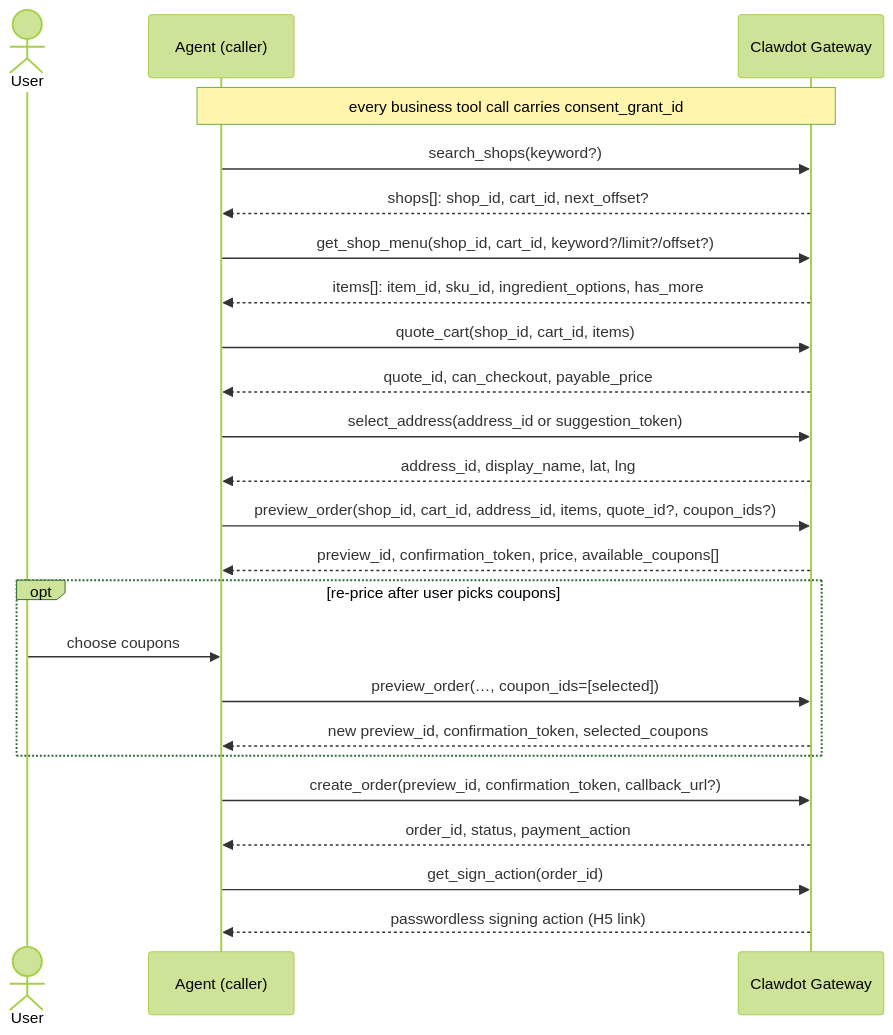
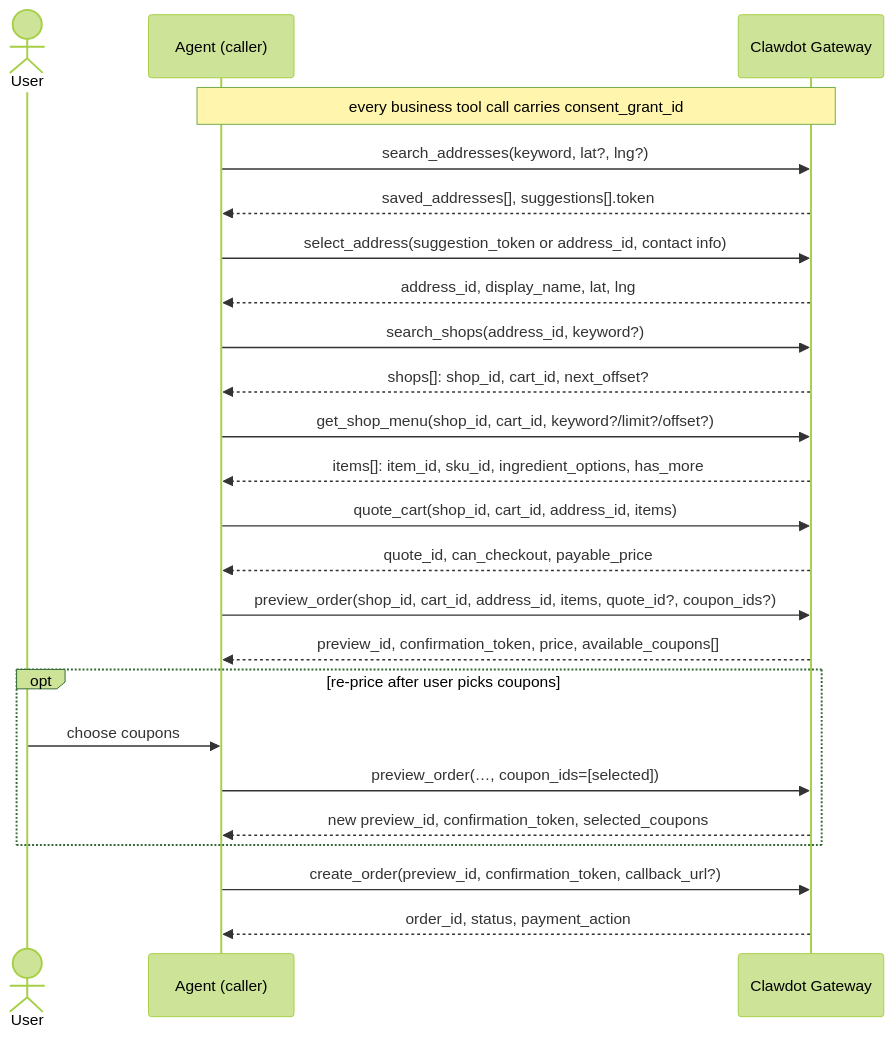
The first of 2 diagrams in en/gateway/order-flow.mdx (clawdot/docs), drawn with Mermaid (forest theme) before and after one commit. The commit also changed other lines of this file and 10 other files, not shown here.

First line of the commit message:
docs: order-flow 地址优先 + 免密签约独立 + 接入指南归 MCP + 修 mcp.json 接入配置形式

````diff
--- a/en/gateway/order-flow.mdx
+++ b/en/gateway/order-flow.mdx
@@ -16,26 +20,26 @@
 ```mermaid
 sequenceDiagram
     actor U as User
     participant A as Agent (caller)
     participant G as Clawdot Gateway
     Note over A,G: every business tool call carries consent_grant_id
-    A->>G: search_shops(keyword?)
+    A->>G: search_addresses(keyword, lat?, lng?)
+    G-->>A: saved_addresses[], suggestions[].token
+    A->>G: select_address(suggestion_token or address_id, contact info)
+    G-->>A: address_id, display_name, lat, lng
+    A->>G: search_shops(address_id, keyword?)
     G-->>A: shops[]: shop_id, cart_id, next_offset?
     A->>G: get_shop_menu(shop_id, cart_id, keyword?/limit?/offset?)
     G-->>A: items[]: item_id, sku_id, ingredient_options, has_more
-    A->>G: quote_cart(shop_id, cart_id, items)
+    A->>G: quote_cart(shop_id, cart_id, address_id, items)
     G-->>A: quote_id, can_checkout, payable_price
-    A->>G: select_address(address_id or suggestion_token)
-    G-->>A: address_id, display_name, lat, lng
     A->>G: preview_order(shop_id, cart_id, address_id, items, quote_id?, coupon_ids?)
     G-->>A: preview_id, confirmation_token, price, available_coupons[]
     opt re-price after user picks coupons
         U->>A: choose coupons
         A->>G: preview_order(…, coupon_ids=[selected])
         G-->>A: new preview_id, confirmation_token, selected_coupons
     end
     A->>G: create_order(preview_id, confirmation_token, callback_url?)
     G-->>A: order_id, status, payment_action
-    A->>G: get_sign_action(order_id)
-    G-->>A: passwordless signing action (H5 link)
 ```
````
